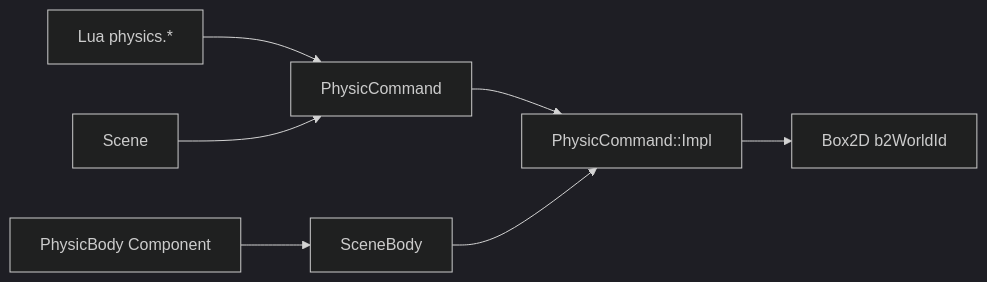
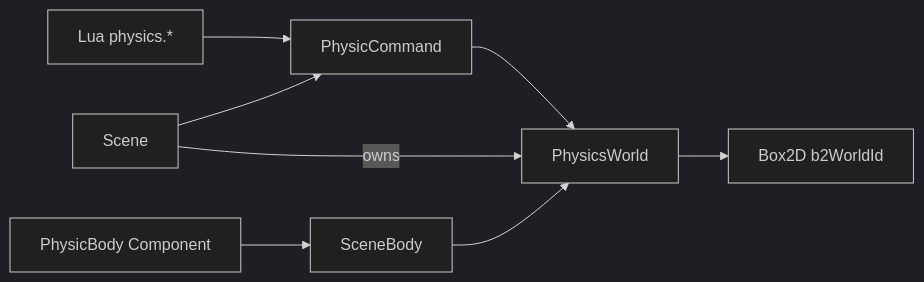
The first of 3 diagrams in doc/pages/physics.md (Silmaen/Owl), drawn with Mermaid (dark theme) before and after one commit. The commit also changed other lines of this file and 44 other files, not shown here.

Commit message:
Give each scene its own physics world, script bindings and UI state

````diff
--- a/doc/pages/physics.md
+++ b/doc/pages/physics.md
@@ -24,9 +25,10 @@
 ```mermaid
 flowchart LR
     Lua["Lua physics.*"] --> PC[PhysicCommand]
     Scene --> PC
-    PC --> Impl[PhysicCommand::Impl]
-    Impl --> B2[Box2D b2WorldId]
+    Scene -- owns --> World[PhysicsWorld]
+    PC --> World
+    World --> B2[Box2D b2WorldId]
     PB[PhysicBody Component] --> SB[SceneBody]
-    SB --> Impl
+    SB --> World
 ```
````
